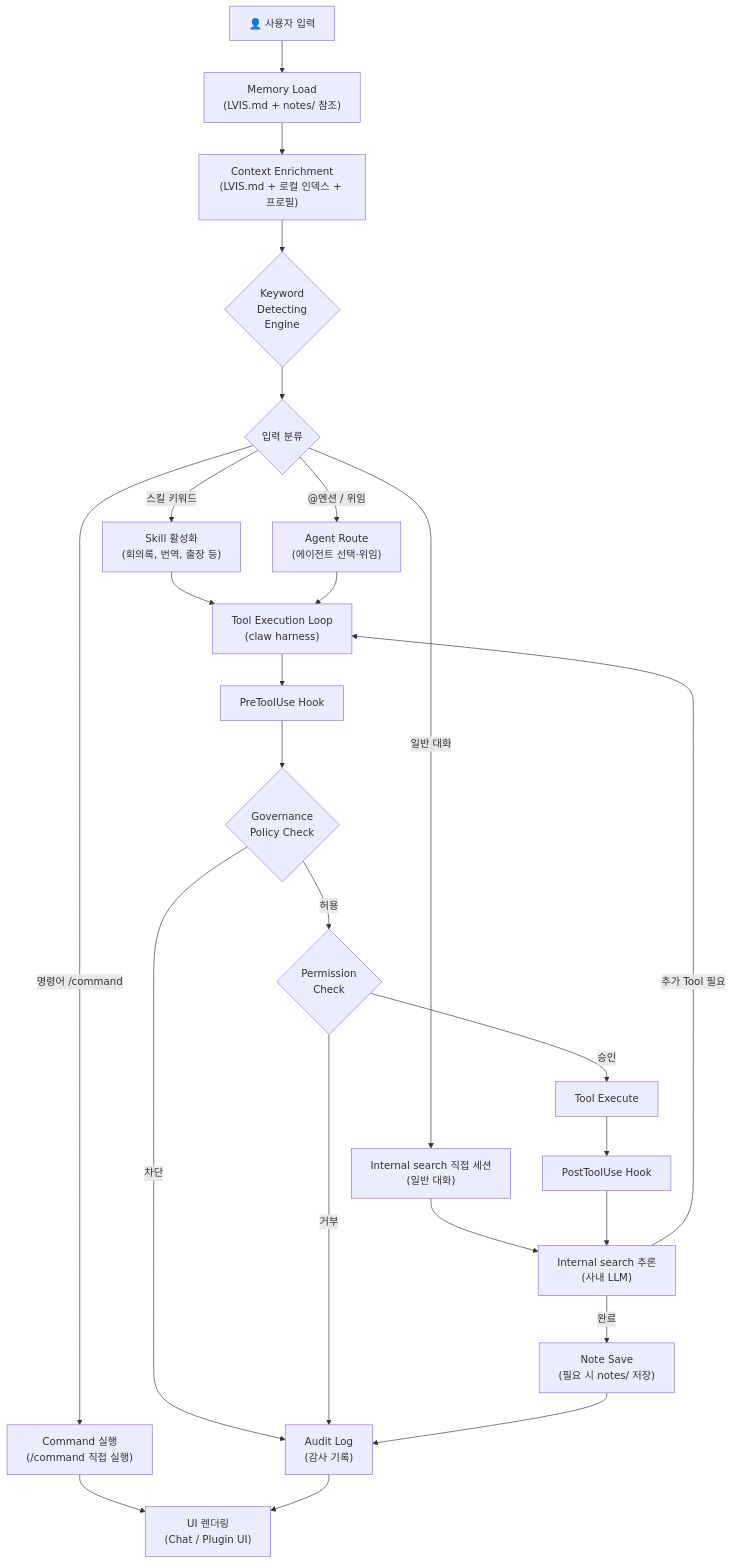
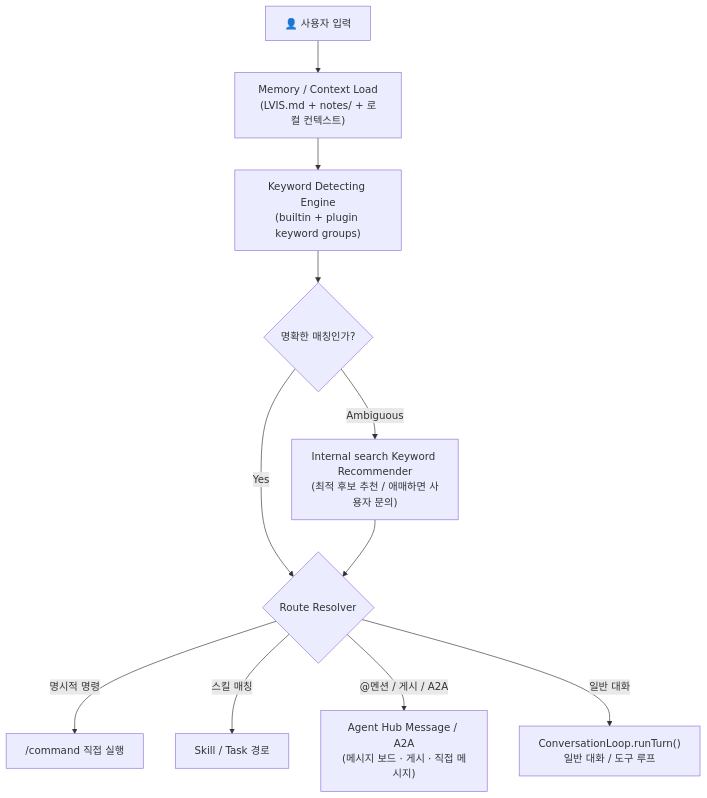
The seventh of 44 diagrams in docs/architecture/architecture.md (lvis-project/lvis-app), drawn with Mermaid before and after one commit. The commit also changed other lines of this file and 18 other files, not shown here.

````diff
--- a/docs/architecture/architecture.md
+++ b/docs/architecture/architecture.md
@@ -435,59 +436,22 @@
 ```mermaid
 flowchart TB
     INPUT["👤 사용자 입력"]
+    MEMORY["Memory / Context Load<br/>(LVIS.md + notes/ + 로컬 컨텍스트)"]
+    DETECT["Keyword Detecting Engine<br/>(builtin + plugin keyword groups)"]
+    DISAMBIG{"명확한 매칭인가?"}
+    RECOMMEND["Internal search Keyword Recommender<br/>(최적 후보 추천 / 애매하면 사용자 문의)"]
+    ROUTE{"Route Resolver"}
 
-    MEM_RECALL["Memory Load<br/>(LVIS.md + notes/ 참조)"]
-    CTX_ENRICH["Context Enrichment<br/>(LVIS.md + 로컬 인덱스 + 프로필)"]
+    COMMAND["/command 직접 실행"]
+    SKILL["Skill / Task 경로"]
+    AGENT["Agent Hub Message / A2A<br/>(메시지 보드 · 게시 · 직접 메시지)"]
+    CHAT["ConversationLoop.runTurn()<br/>일반 대화 / 도구 루프"]
 
-    KW{"Keyword<br/>Detecting<br/>Engine"}
-
-    CLASSIFY{"입력 분류"}
-
-    CMD_EXEC["Command 실행<br/>(/command 직접 실행)"]
-    SKILL_INVOKE["Skill 활성화<br/>(회의록, 번역, 출장 등)"]
-    AGENT_ROUTE["Agent Route<br/>(에이전트 선택·위임)"]
-    DIRECT_LLM["Internal search 직접 세션<br/>(일반 대화)"]
-
-    TOOL_LOOP["Tool Execution Loop<br/>(claw harness)"]
-
-    PRE_HOOK["PreToolUse Hook"]
-    POLICY_CHK{"Governance<br/>Policy Check"}
-    PERM{"Permission<br/>Check"}
-    EXEC["Tool Execute"]
-    POST_HOOK["PostToolUse Hook"]
-
-    LLM_CALL["Internal search 추론<br/>(사내 LLM)"]
-
-    MEM_SAVE["Note Save<br/>(필요 시 notes/ 저장)"]
-    AUDIT_LOG["Audit Log<br/>(감사 기록)"]
-    RENDER["UI 렌더링<br/>(Chat / Plugin UI)"]
-
-    INPUT --> MEM_RECALL
-    MEM_RECALL --> CTX_ENRICH
-    CTX_ENRICH --> KW
-    KW --> CLASSIFY
-
-    CLASSIFY -->|"명령어 /command"| CMD_EXEC
-    CLASSIFY -->|"스킬 키워드"| SKILL_INVOKE
-    CLASSIFY -->|"@멘션 / 위임"| AGENT_ROUTE
-    CLASSIFY -->|"일반 대화"| DIRECT_LLM
-
-    CMD_EXEC --> RENDER
-    SKILL_INVOKE --> TOOL_LOOP
-    AGENT_ROUTE --> TOOL_LOOP
-    DIRECT_LLM --> LLM_CALL
-
-    TOOL_LOOP --> PRE_HOOK
-    PRE_HOOK --> POLICY_CHK
-    POLICY_CHK -->|"허용"| PERM
-    POLICY_CHK -->|"차단"| AUDIT_LOG
-    PERM -->|"승인"| EXEC
-    PERM -->|"거부"| AUDIT_LOG
-    EXEC --> POST_HOOK
-    POST_HOOK --> LLM_CALL
-
-    LLM_CALL -->|"추가 Tool 필요"| TOOL_LOOP
-    LLM_CALL -->|"완료"| MEM_SAVE
-    MEM_SAVE --> AUDIT_LOG
-    AUDIT_LOG --> RENDER
+    INPUT --> MEMORY --> DETECT --> DISAMBIG
+    DISAMBIG -->|"Yes"| ROUTE
+    DISAMBIG -->|"Ambiguous"| RECOMMEND --> ROUTE
+    ROUTE -->|"명시적 명령"| COMMAND
+    ROUTE -->|"스킬 매칭"| SKILL
+    ROUTE -->|"@멘션 / 게시 / A2A"| AGENT
+    ROUTE -->|"일반 대화"| CHAT
 ```
````
